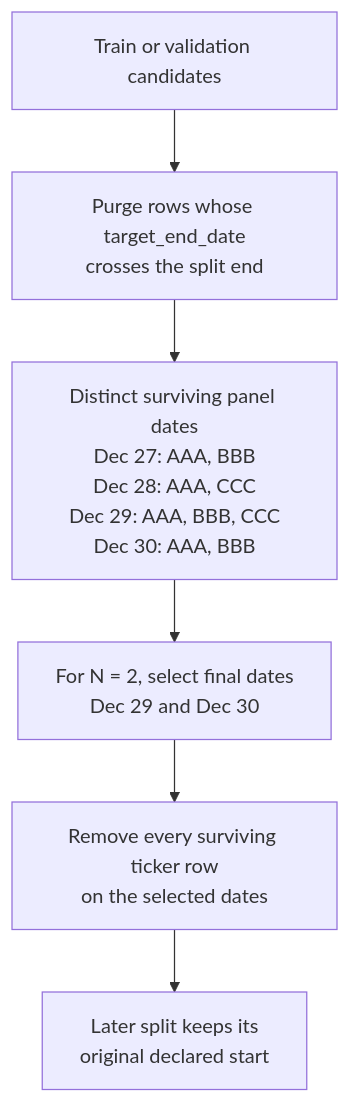
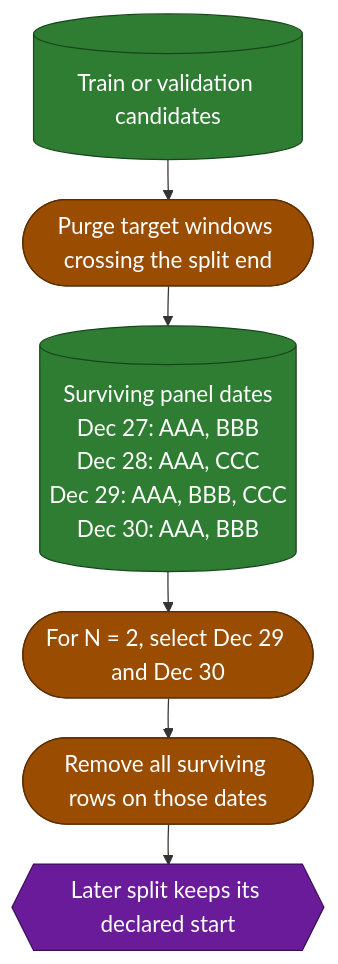
One commit to Frallmeister/swingtrader-app changed the second of 2 diagrams in docs/modeling/temporal-splitting.md. Above: the diagram before and after it, drawn with Mermaid. The commit also changed other lines of this file and 7 other files, not shown here.

````diff
--- a/docs/modeling/temporal-splitting.md
+++ b/docs/modeling/temporal-splitting.md
@@ -41,8 +55,19 @@
 ```mermaid
+%%{init: {"themeVariables": {"fontSize": "18px"}, "flowchart": {"nodeSpacing": 26, "rankSpacing": 32}}}%%
 flowchart TB
-    candidates["Train or validation candidates"] --> purge["Purge rows whose target_end_date<br/>crosses the split end"]
-    purge --> panel["Distinct surviving panel dates<br/>Dec 27: AAA, BBB<br/>Dec 28: AAA, CCC<br/>Dec 29: AAA, BBB, CCC<br/>Dec 30: AAA, BBB"]
-    panel --> choose["For N = 2, select final dates<br/>Dec 29 and Dec 30"]
-    choose --> remove["Remove every surviving ticker row<br/>on the selected dates"]
-    remove --> later["Later split keeps its<br/>original declared start"]
+    candidates[(Train or validation candidates)]
+    purge([Purge target windows crossing the split end])
+    panel[(Surviving panel dates<br/>Dec 27: AAA, BBB<br/>Dec 28: AAA, CCC<br/>Dec 29: AAA, BBB, CCC<br/>Dec 30: AAA, BBB)]
+    choose([For N = 2, select Dec 29 and Dec 30])
+    remove([Remove all surviving rows on those dates])
+    later{{Later split keeps its declared start}}
+
+    candidates --> purge --> panel --> choose --> remove --> later
+
+    classDef action fill:#9a4d00,stroke:#5d2e00,color:#ffffff
+    classDef artifact fill:#2e7d32,stroke:#17451c,color:#ffffff
+    classDef state fill:#6a1b9a,stroke:#3c0f58,color:#ffffff
+    class candidates,panel artifact
+    class purge,choose,remove action
+    class later state
 ```
````
